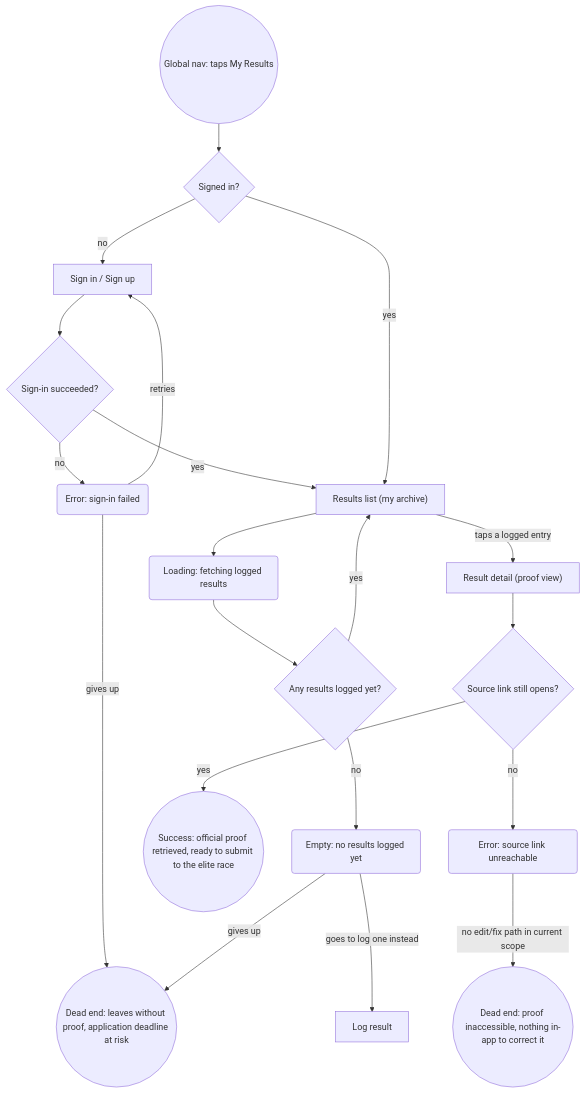
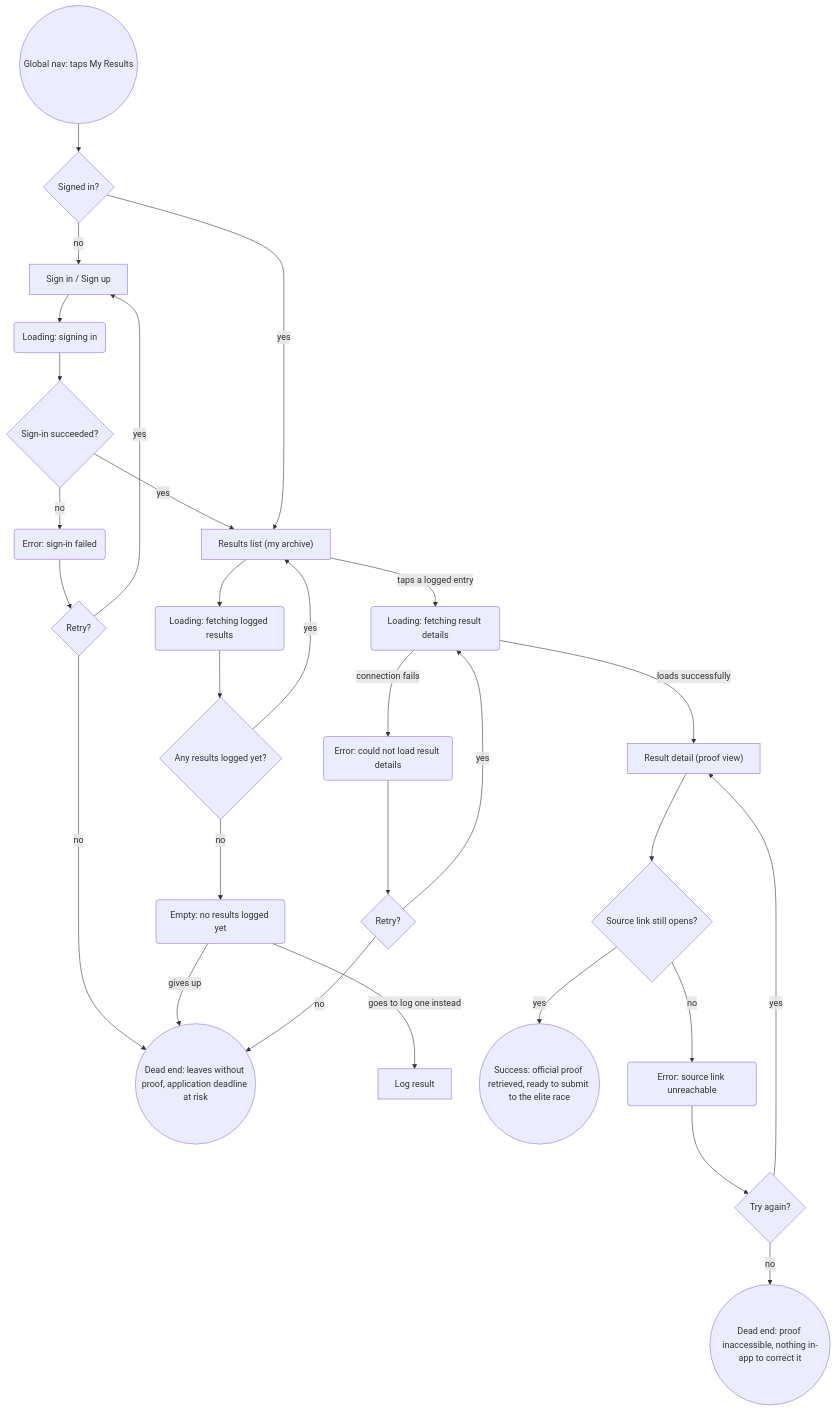
One commit to JuliaMakedonska/Onrace changed the third of 3 diagrams in flows.md. Above: the diagram before and after it, drawn with Mermaid. The commit also changed other lines of this file, not shown here.

First line of the commit message:
Deepen flows: retry decisions, per-step loading states, dead-end audit

````diff
--- a/flows.md
+++ b/flows.md
@@ -99,22 +132,31 @@
 ```mermaid
 flowchart TD
     Start3(("Global nav: taps My Results")) --> AuthCheck2{"Signed in?"}
     AuthCheck2 -->|"no"| SignIn2["Sign in / Sign up"]
-    SignIn2 --> AuthResult2{"Sign-in succeeded?"}
+    SignIn2 --> SigningIn2("Loading: signing in")
+    SigningIn2 --> AuthResult2{"Sign-in succeeded?"}
     AuthResult2 -->|"no"| AuthError2("Error: sign-in failed")
-    AuthError2 -->|"retries"| SignIn2
-    AuthError2 -->|"gives up"| DeadEnd4(("Dead end: leaves without proof, application deadline at risk"))
+    AuthError2 --> AuthRetry2{"Retry?"}
+    AuthRetry2 -->|"yes"| SignIn2
+    AuthRetry2 -->|"no"| DeadEnd4(("Dead end: leaves without proof, application deadline at risk"))
     AuthResult2 -->|"yes"| ResultsList2["Results list (my archive)"]
     AuthCheck2 -->|"yes"| ResultsList2
     ResultsList2 --> Loading2("Loading: fetching logged results")
     Loading2 --> HasLogged{"Any results logged yet?"}
     HasLogged -->|"no"| Empty2("Empty: no results logged yet")
     Empty2 -->|"goes to log one instead"| LogForm2["Log result"]
     Empty2 -->|"gives up"| DeadEnd4
     HasLogged -->|"yes"| ResultsList2
-    ResultsList2 -->|"taps a logged entry"| ResultDetail["Result detail (proof view)"]
+    ResultsList2 -->|"taps a logged entry"| DetailLoading2("Loading: fetching result details")
+    DetailLoading2 -->|"loads successfully"| ResultDetail["Result detail (proof view)"]
+    DetailLoading2 -->|"connection fails"| DetailError2("Error: could not load result details")
+    DetailError2 --> DetailRetry2{"Retry?"}
+    DetailRetry2 -->|"yes"| DetailLoading2
+    DetailRetry2 -->|"no"| DeadEnd4
     ResultDetail --> LinkWorks{"Source link still opens?"}
     LinkWorks -->|"yes"| Success3(("Success: official proof retrieved, ready to submit to the elite race"))
     LinkWorks -->|"no"| LinkError("Error: source link unreachable")
-    LinkError -->|"no edit/fix path in current scope"| DeadEnd5(("Dead end: proof inaccessible, nothing in-app to correct it"))
+    LinkError --> LinkRetry{"Try again?"}
+    LinkRetry -->|"yes"| ResultDetail
+    LinkRetry -->|"no"| DeadEnd5(("Dead end: proof inaccessible, nothing in-app to correct it"))
 ```
````
